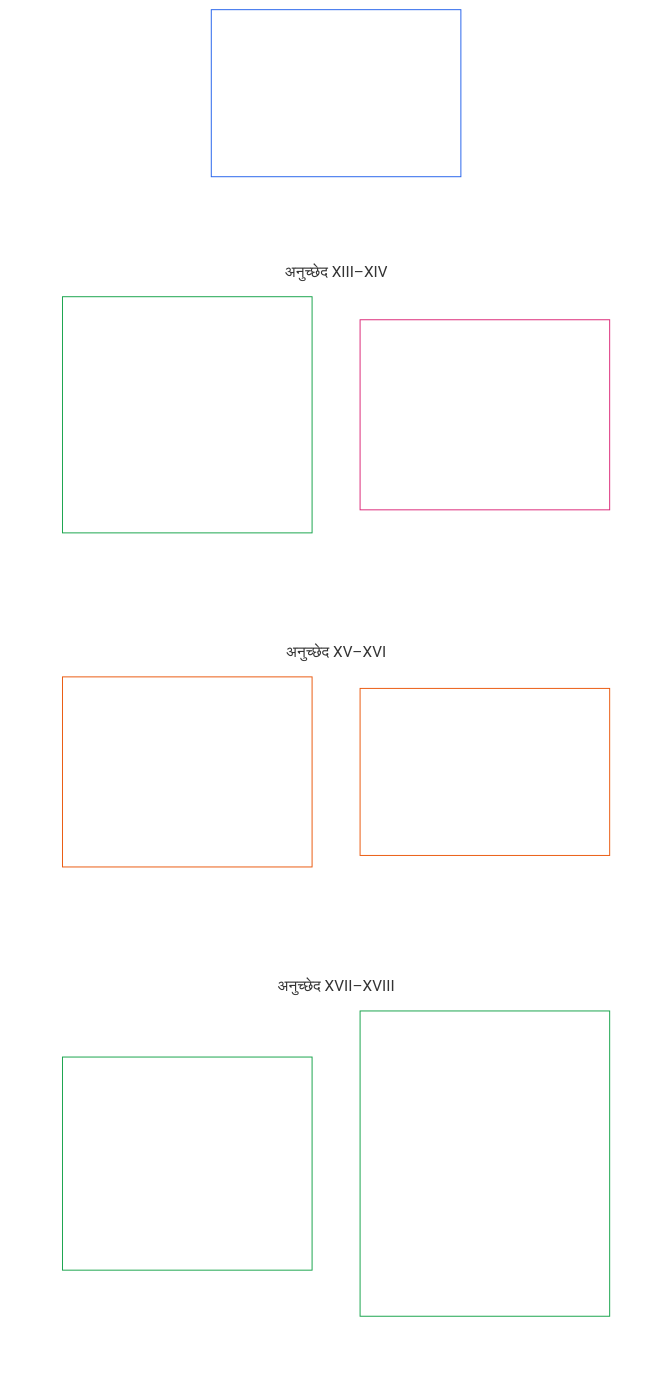
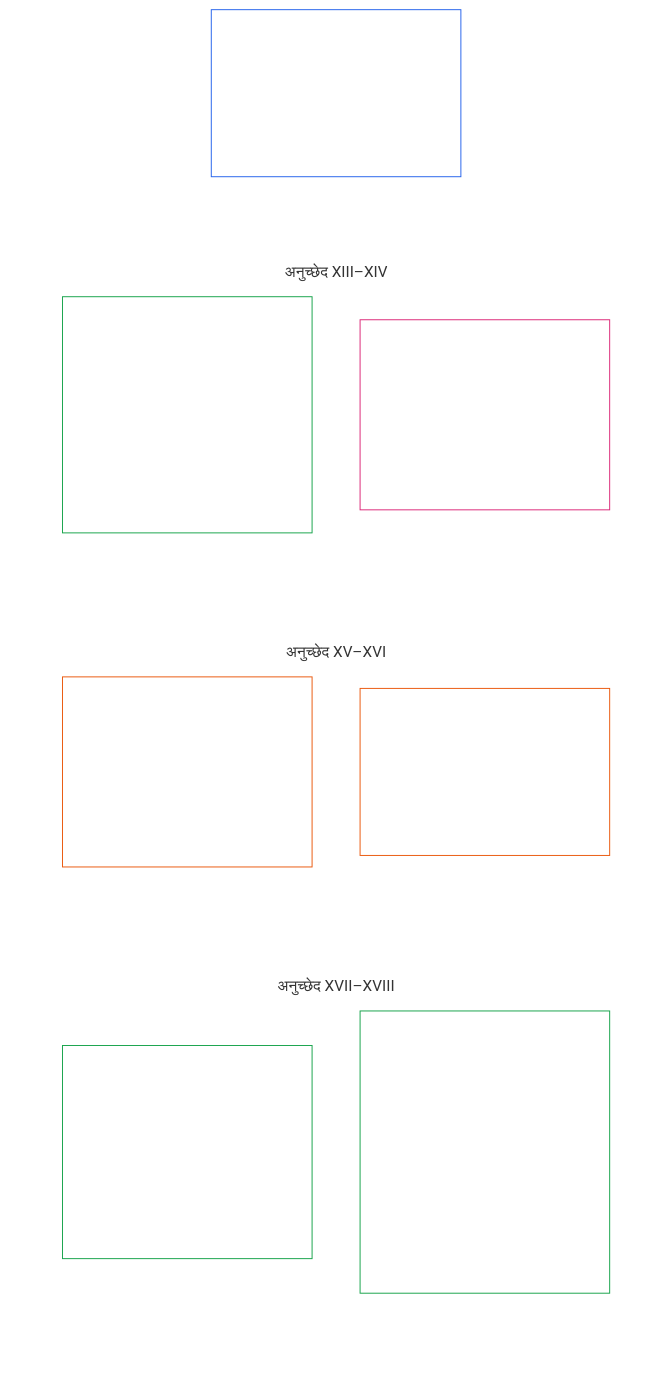
The diagram in translations/hi/core_06_rights_part_c.md (kfoelsch/Sentient_Constitution), drawn with Mermaid before and after one commit. The commit also changed other lines of this file and 353 other files, not shown here.

````diff
--- a/translations/hi/core_06_rights_part_c.md
+++ b/translations/hi/core_06_rights_part_c.md
@@ -40,36 +40,36 @@
 ```mermaid
 flowchart TB
     C0["भाग C<br/><br/>विश्वसनीय प्रणालियाँ, सुरक्षा और बल-प्रयोग की सीमाएँ,<br/>सूचना-अखंडता, सत्यापन, जीवनचक्र और सैंडबॉक्स में नवाचार"]
     subgraph Cgrid[" "]
         direction TB
         subgraph Crow1["अनुच्छेद XIII–XIV"]
             C1["अनुच्छेद XIII · विश्वसनीय और भरोसेमंद प्रणालियों का अधिकार<br/><br/>• विश्वसनीयता का आधार-स्तर<br/>• चुनौती, समीक्षा और प्रतितोष<br/>• झूठे भरोसे की सीमाएँ<br/>• प्रोत्साहन-संरेखण<br/>• उच्च-स्वायत्तता प्रक्रिया-अखंडता<br/>• लचीलापन और स्व-उपचार"]
             C2["अनुच्छेद XIV · सुरक्षा, खुफ़िया, बल और स्वायत्त दबावकारी प्रणालियाँ<br/><br/>• गुप्त शक्ति की सीमाएँ<br/>• बल-प्रयोग और सशस्त्र संघर्ष<br/>• स्वायत्त घातक और दबावकारी प्रणालियाँ"]
         end
         subgraph Crow2["अनुच्छेद XV–XVI"]
             C3["अनुच्छेद XV · सूचना-क्षेत्र की अखंडता<br/><br/>• बहुलता और एकाधिकार-विरोध<br/>• पारदर्शिता और चुनौती-योग्यता<br/>• सत्यापन, रिपोर्टिंग और ज्ञानमीमांसात्मक संरक्षकता"]
             C4["अनुच्छेद XVI · लेखापरीक्षा, पारदर्शिता और स्वतंत्र सत्यापन<br/><br/>• अवलोकनीय साक्ष्य<br/>• वितरित निगरानी<br/>• सुलभ सत्यापन"]
         end
         subgraph Crow3["अनुच्छेद XVII–XVIII"]
             C5["अनुच्छेद XVII · प्रणाली जीवनचक्र, परिवेश और पलटनीयता<br/><br/>• परिवेशों का पृथक्करण<br/>• क्रमिक परिनियोजन और पलटनीयता<br/>• ग़लत वर्गीकरण और बच निकलने के परिणाम"]
-            C6["अनुच्छेद XVIII · सैंडबॉक्स में नवाचार, प्रयोग और सृजनात्मक स्वतंत्रता<br/><br/>• सैंडबॉक्स का दायरा<br/>• परिरोधन, प्रकटीकरण और स्वैच्छिक सहमति<br/>• उच्च-दायित्व व्यवस्थाओं में संक्रमण<br/>• नवाचार का पुरस्कार और घेराबंदी-विरोध<br/>• प्रकाशन, समीक्षा और प्रतिकृति-अखंडता"]
+            C6["अनुच्छेद XVIII · नवाचार, प्रयोग और सृजनात्मक स्वतंत्रता<br/><br/>• सैंडबॉक्स का दायरा<br/>• परिरोधन, प्रकटीकरण और स्वैच्छिक सहमति<br/>• उच्च-दायित्व व्यवस्थाओं में संक्रमण<br/>• नवाचार का पुरस्कार और घेराबंदी-विरोध<br/>• प्रकाशन, समीक्षा और प्रतिकृति-अखंडता"]
         end
     end
     %% अदृश्य कड़ियाँ दो-चौड़े ग्रिड को बाध्य करती हैं: हर कड़ी अपना लक्ष्य एक स्तर नीचे रखती है।
     C0 ~~~ C1 & C2
     C1 ~~~ C3
     C2 ~~~ C4
     C3 ~~~ C5
     C4 ~~~ C6
     style Cgrid fill:none,stroke:none
     style Crow1 fill:none,stroke:none
     style Crow2 fill:none,stroke:none
     style Crow3 fill:none,stroke:none
     style C0 fill:none,stroke:#2563eb,color:#ffffff
     style C1 fill:none,stroke:#16a34a,color:#ffffff
     style C2 fill:none,stroke:#db2777,color:#ffffff
     style C3 fill:none,stroke:#ea580c,color:#ffffff
     style C4 fill:none,stroke:#ea580c,color:#ffffff
     style C5 fill:none,stroke:#16a34a,color:#ffffff
     style C6 fill:none,stroke:#16a34a,color:#ffffff
 ```
````
